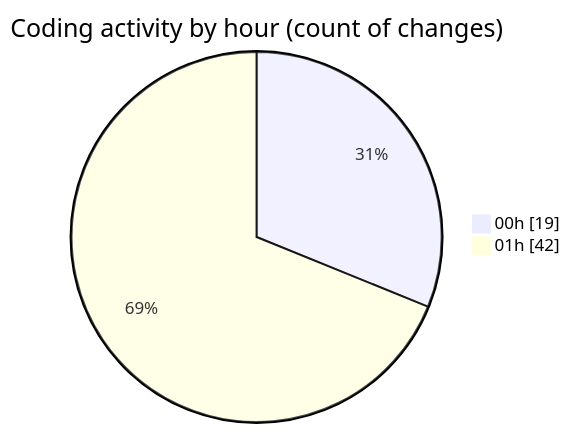
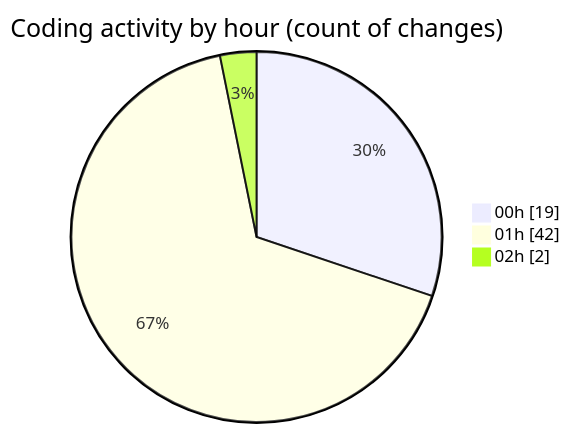
One commit to momahboobian/code-tracking changed the second of 2 diagrams in 2025-02-23/pdf-analysis-app/README.md. Above: the diagram before and after it, drawn with Mermaid. The commit also changed other lines of this file and 1 other file, not shown here.

````diff
--- a/2025-02-23/pdf-analysis-app/README.md
+++ b/2025-02-23/pdf-analysis-app/README.md
@@ -40,6 +40,7 @@
 ```mermaid
 pie showData
 title Coding activity by hour (count of changes)
 "00h" : 19
 "01h" : 42
+"02h" : 2
 ```
````
